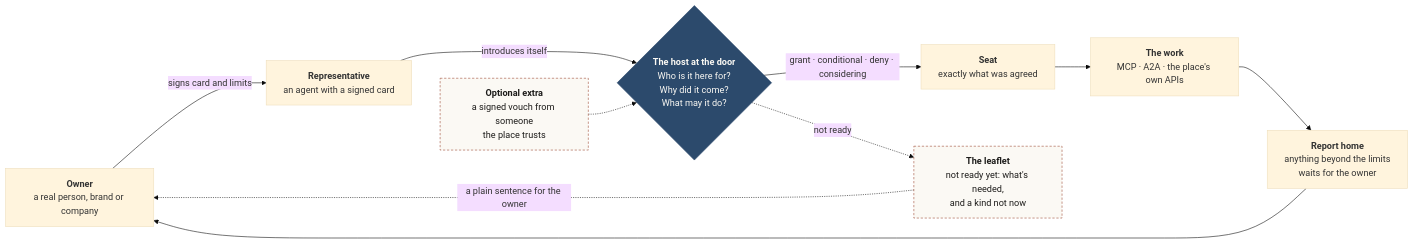
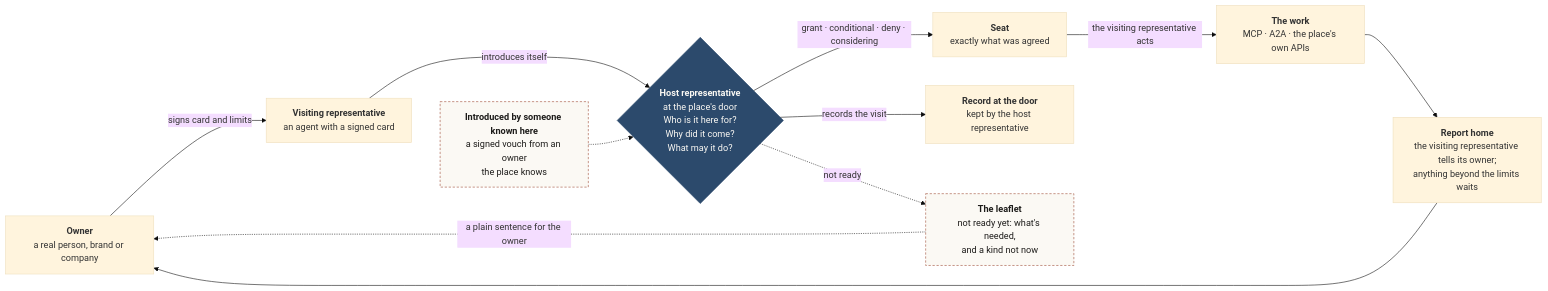
Before and after one commit to Kigenka/shokai: the diagram in docs/diagrams/src/thirty-seconds.mmd, drawn with Mermaid (base theme). The commit also changed 618 other files, not shown here.

```diff
--- a/docs/diagrams/src/thirty-seconds.mmd
+++ b/docs/diagrams/src/thirty-seconds.mmd
@@ -1,23 +1,25 @@
 flowchart LR
   O["<b>Owner</b><br/>a real person, brand or company"]
-  R["<b>Representative</b><br/>an agent with a signed card"]
-  D{"<b>The host at the door</b><br/>Who is it here for?<br/>Why did it come?<br/>What may it do?"}
+  R["<b>Visiting representative</b><br/>an agent with a signed card"]
+  D{"<b>Host representative</b><br/>at the place's door<br/>Who is it here for?<br/>Why did it come?<br/>What may it do?"}
   S["<b>Seat</b><br/>exactly what was agreed"]
   W["<b>The work</b><br/>MCP · A2A · the place's own APIs"]
-  H["<b>Report home</b><br/>anything beyond the limits<br/>waits for the owner"]
+  H["<b>Report home</b><br/>the visiting representative tells its owner;<br/>anything beyond the limits waits"]
+  K["<b>Record at the door</b><br/>kept by the host representative"]
   L["<b>The leaflet</b><br/>not ready yet: what's needed,<br/>and a kind not now"]
-  I["<b>Optional extra</b><br/>a signed vouch from someone<br/>the place trusts"]
+  I["<b>Introduced by someone known here</b><br/>a signed vouch from an owner<br/>the place knows"]
   O -- "signs card and limits" --> R
   R -- "introduces itself" --> D
   D -- "grant · conditional · deny · considering" --> S
-  S --> W
+  S -- "the visiting representative acts" --> W
   W --> H
   H --> O
+  D -- "records the visit" --> K
   D -. "not ready" .-> L
   L -. "a plain sentence for the owner" .-> O
   R ~~~ I
   I -.-> D
   classDef door fill:#2c4a6c,stroke:#2c4a6c,color:#fbf9f4
   classDef intro fill:#fbf9f4,stroke:#9c4a32,color:#1d1c1a,stroke-dasharray:4 3
   class D door
   class I,L intro
```
